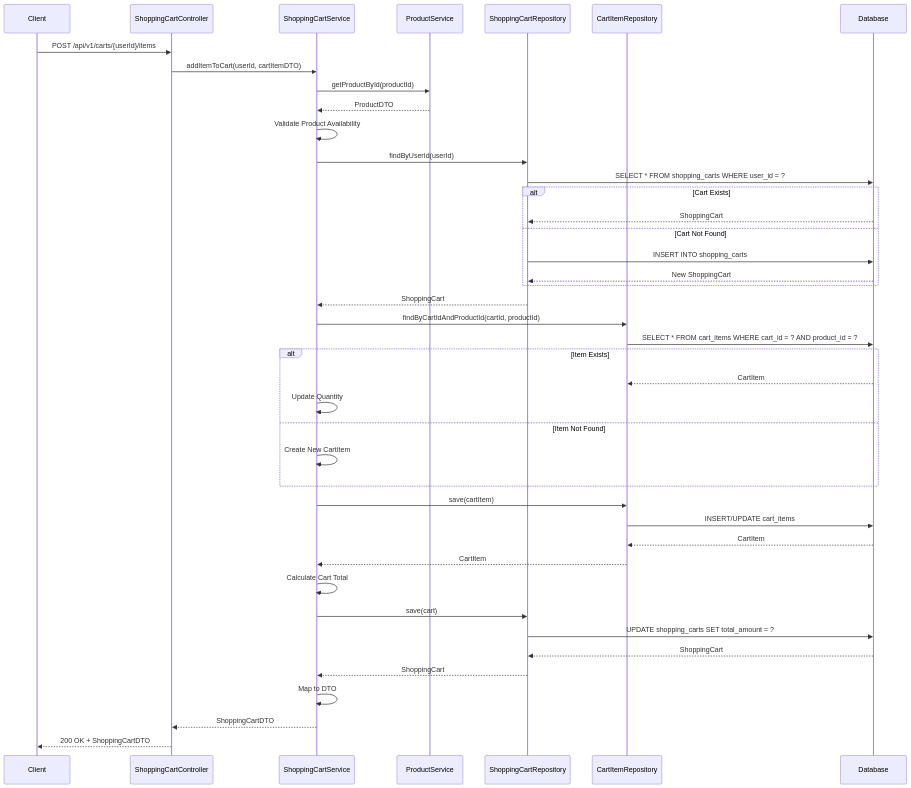
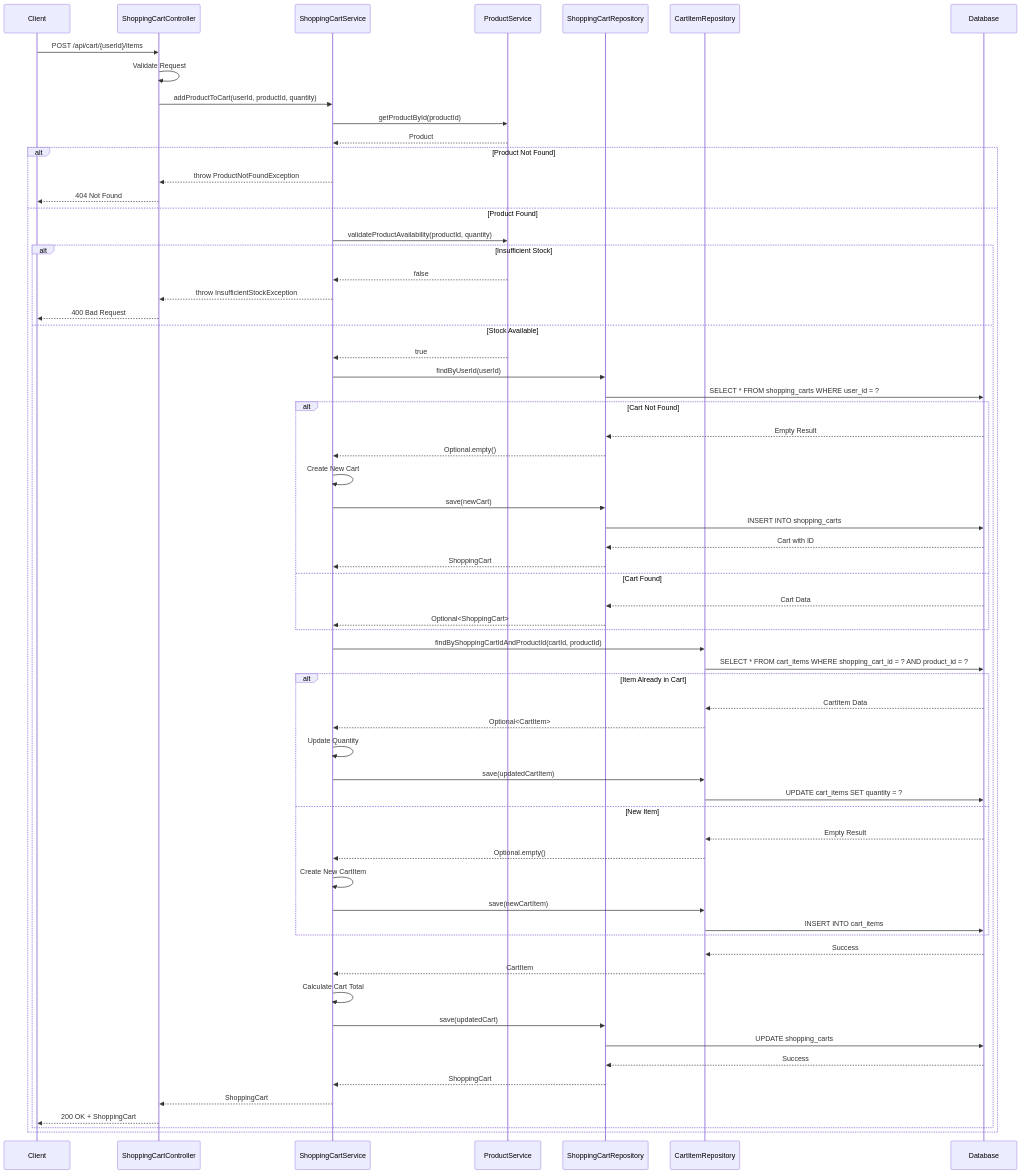
One commit to NavneetBN47/aava-ecom-demo changed diagram 16 of 26 in docs/LLD/modified_lld.md. Above: the diagram before and after it, drawn with Mermaid. The commit also changed other lines of this file, not shown here.

````diff
--- a/docs/LLD/modified_lld.md
+++ b/docs/LLD/modified_lld.md
@@ -1085,45 +1537,74 @@
 ```mermaid
 sequenceDiagram
     participant Client
-    participant Controller as ShoppingCartController
-    participant CartService as ShoppingCartService
-    participant ProductService as ProductService
-    participant CartRepo as ShoppingCartRepository
-    participant ItemRepo as CartItemRepository
-    participant DB as Database
+    participant ShoppingCartController
+    participant ShoppingCartService
+    participant ProductService
+    participant ShoppingCartRepository
+    participant CartItemRepository
+    participant Database
     
-    Client->>Controller: POST /api/v1/carts/{userId}/items
-    Controller->>CartService: addItemToCart(userId, cartItemDTO)
-    CartService->>ProductService: getProductById(productId)
-    ProductService-->>CartService: ProductDTO
-    CartService->>CartService: Validate Product Availability
-    CartService->>CartRepo: findByUserId(userId)
-    CartRepo->>DB: SELECT * FROM shopping_carts WHERE user_id = ?
-    alt Cart Exists
-        DB-->>CartRepo: ShoppingCart
-    else Cart Not Found
-        CartRepo->>DB: INSERT INTO shopping_carts
-        DB-->>CartRepo: New ShoppingCart
+    Client->>ShoppingCartController: POST /api/cart/{userId}/items
+    ShoppingCartController->>ShoppingCartController: Validate Request
+    ShoppingCartController->>ShoppingCartService: addProductToCart(userId, productId, quantity)
+    
+    ShoppingCartService->>ProductService: getProductById(productId)
+    ProductService-->>ShoppingCartService: Product
+    
+    alt Product Not Found
+        ShoppingCartService-->>ShoppingCartController: throw ProductNotFoundException
+        ShoppingCartController-->>Client: 404 Not Found
+    else Product Found
+        ShoppingCartService->>ProductService: validateProductAvailability(productId, quantity)
+        
+        alt Insufficient Stock
+            ProductService-->>ShoppingCartService: false
+            ShoppingCartService-->>ShoppingCartController: throw InsufficientStockException
+            ShoppingCartController-->>Client: 400 Bad Request
+        else Stock Available
+            ProductService-->>ShoppingCartService: true
+            ShoppingCartService->>ShoppingCartRepository: findByUserId(userId)
+            ShoppingCartRepository->>Database: SELECT * FROM shopping_carts WHERE user_id = ?
+            
+            alt Cart Not Found
+                Database-->>ShoppingCartRepository: Empty Result
+                ShoppingCartRepository-->>ShoppingCartService: Optional.empty()
+                ShoppingCartService->>ShoppingCartService: Create New Cart
+                ShoppingCartService->>ShoppingCartRepository: save(newCart)
+                ShoppingCartRepository->>Database: INSERT INTO shopping_carts
+                Database-->>ShoppingCartRepository: Cart with ID
+                ShoppingCartRepository-->>ShoppingCartService: ShoppingCart
+            else Cart Found
+                Database-->>ShoppingCartRepository: Cart Data
+                ShoppingCartRepository-->>ShoppingCartService: Optional<ShoppingCart>
+            end
+            
+            ShoppingCartService->>CartItemRepository: findByShoppingCartIdAndProductId(cartId, productId)
+            CartItemRepository->>Database: SELECT * FROM cart_items WHERE shopping_cart_id = ? AND product_id = ?
+            
+            alt Item Already in Cart
+                Database-->>CartItemRepository: CartItem Data
+                CartItemRepository-->>ShoppingCartService: Optional<CartItem>
+                ShoppingCartService->>ShoppingCartService: Update Quantity
+                ShoppingCartService->>CartItemRepository: save(updatedCartItem)
+                CartItemRepository->>Database: UPDATE cart_items SET quantity = ?
+            else New Item
+                Database-->>CartItemRepository: Empty Result
+                CartItemRepository-->>ShoppingCartService: Optional.empty()
+                ShoppingCartService->>ShoppingCartService: Create New CartItem
+                ShoppingCartService->>CartItemRepository: save(newCartItem)
+                CartItemRepository->>Database: INSERT INTO cart_items
+            end
+            
+            Database-->>CartItemRepository: Success
+            CartItemRepository-->>ShoppingCartService: CartItem
+            ShoppingCartService->>ShoppingCartService: Calculate Cart Total
+            ShoppingCartService->>ShoppingCartRepository: save(updatedCart)
+            ShoppingCartRepository->>Database: UPDATE shopping_carts
+            Database-->>ShoppingCartRepository: Success
+            ShoppingCartRepository-->>ShoppingCartService: ShoppingCart
+            ShoppingCartService-->>ShoppingCartController: ShoppingCart
+            ShoppingCartController-->>Client: 200 OK + ShoppingCart
+        end
     end
-    CartRepo-->>CartService: ShoppingCart
-    CartService->>ItemRepo: findByCartIdAndProductId(cartId, productId)
-    ItemRepo->>DB: SELECT * FROM cart_items WHERE cart_id = ? AND product_id = ?
-    alt Item Exists
-        DB-->>ItemRepo: CartItem
-        CartService->>CartService: Update Quantity
-    else Item Not Found
-        CartService->>CartService: Create New CartItem
-    end
-    CartService->>ItemRepo: save(cartItem)
-    ItemRepo->>DB: INSERT/UPDATE cart_items
-    DB-->>ItemRepo: CartItem
-    ItemRepo-->>CartService: CartItem
-    CartService->>CartService: Calculate Cart Total
-    CartService->>CartRepo: save(cart)
-    CartRepo->>DB: UPDATE shopping_carts SET total_amount = ?
-    DB-->>CartRepo: ShoppingCart
-    CartRepo-->>CartService: ShoppingCart
-    CartService->>CartService: Map to DTO
-    CartService-->>Controller: ShoppingCartDTO
-    Controller-->>Client: 200 OK + ShoppingCartDTO
 ```
````
